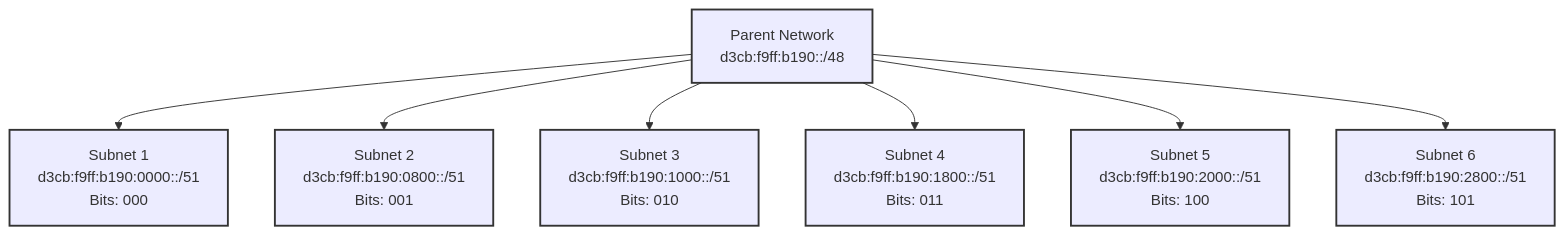
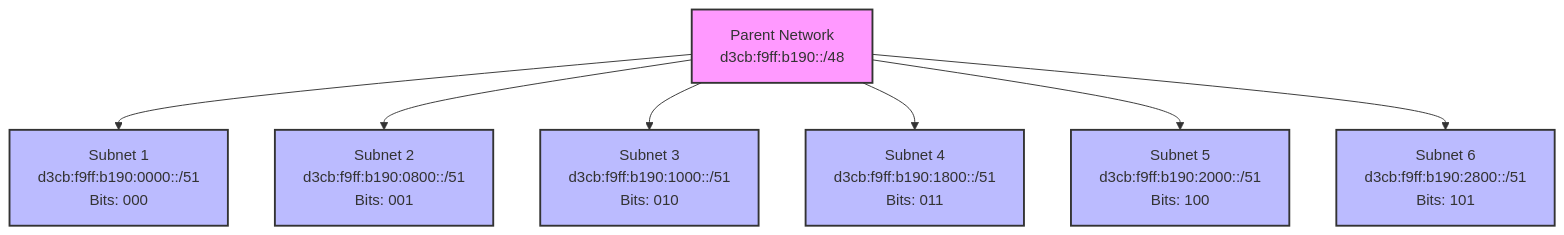
One commit to PanagopoulosNikolaos/DitOpenNotes changed the sixth of 9 diagrams in Year_1/Semester_2/NETWORKING/Resources/Notes/5. Subnetting.md. Above: the diagram before and after it, drawn with Mermaid. The commit also changed other lines of this file and 61 other files, not shown here.

````diff
--- a/Year_1/Semester_2/NETWORKING/Resources/Notes/5. Subnetting.md
+++ b/Year_1/Semester_2/NETWORKING/Resources/Notes/5. Subnetting.md
@@ -481,16 +481,16 @@
 ```Mermaid
 graph TD
     A[Parent Network<br>d3cb:f9ff:b190::/48] --> B[Subnet 1<br>d3cb:f9ff:b190:0000::/51<br>Bits: 000]
     A --> C[Subnet 2<br>d3cb:f9ff:b190:0800::/51<br>Bits: 001]
     A --> D[Subnet 3<br>d3cb:f9ff:b190:1000::/51<br>Bits: 010]
     A --> E[Subnet 4<br>d3cb:f9ff:b190:1800::/51<br>Bits: 011]
     A --> F[Subnet 5<br>d3cb:f9ff:b190:2000::/51<br>Bits: 100]
     A --> G[Subnet 6<br>d3cb:f9ff:b190:2800::/51<br>Bits: 101]
-    style A fill:\#f9f,stroke:#333,stroke-width:2px
-    style B fill:\#bbf,stroke:#333,stroke-width:2px
-    style C fill:\#bbf,stroke:#333,stroke-width:2px
-    style D fill:\#bbf,stroke:#333,stroke-width:2px
-    style E fill:\#bbf,stroke:#333,stroke-width:2px
-    style F fill:\#bbf,stroke:#333,stroke-width:2px
-    style G fill:\#bbf,stroke:#333,stroke-width:2px
+    style A fill:#f9f,stroke:#333,stroke-width:2px
+    style B fill:#bbf,stroke:#333,stroke-width:2px
+    style C fill:#bbf,stroke:#333,stroke-width:2px
+    style D fill:#bbf,stroke:#333,stroke-width:2px
+    style E fill:#bbf,stroke:#333,stroke-width:2px
+    style F fill:#bbf,stroke:#333,stroke-width:2px
+    style G fill:#bbf,stroke:#333,stroke-width:2px
 ```
````
